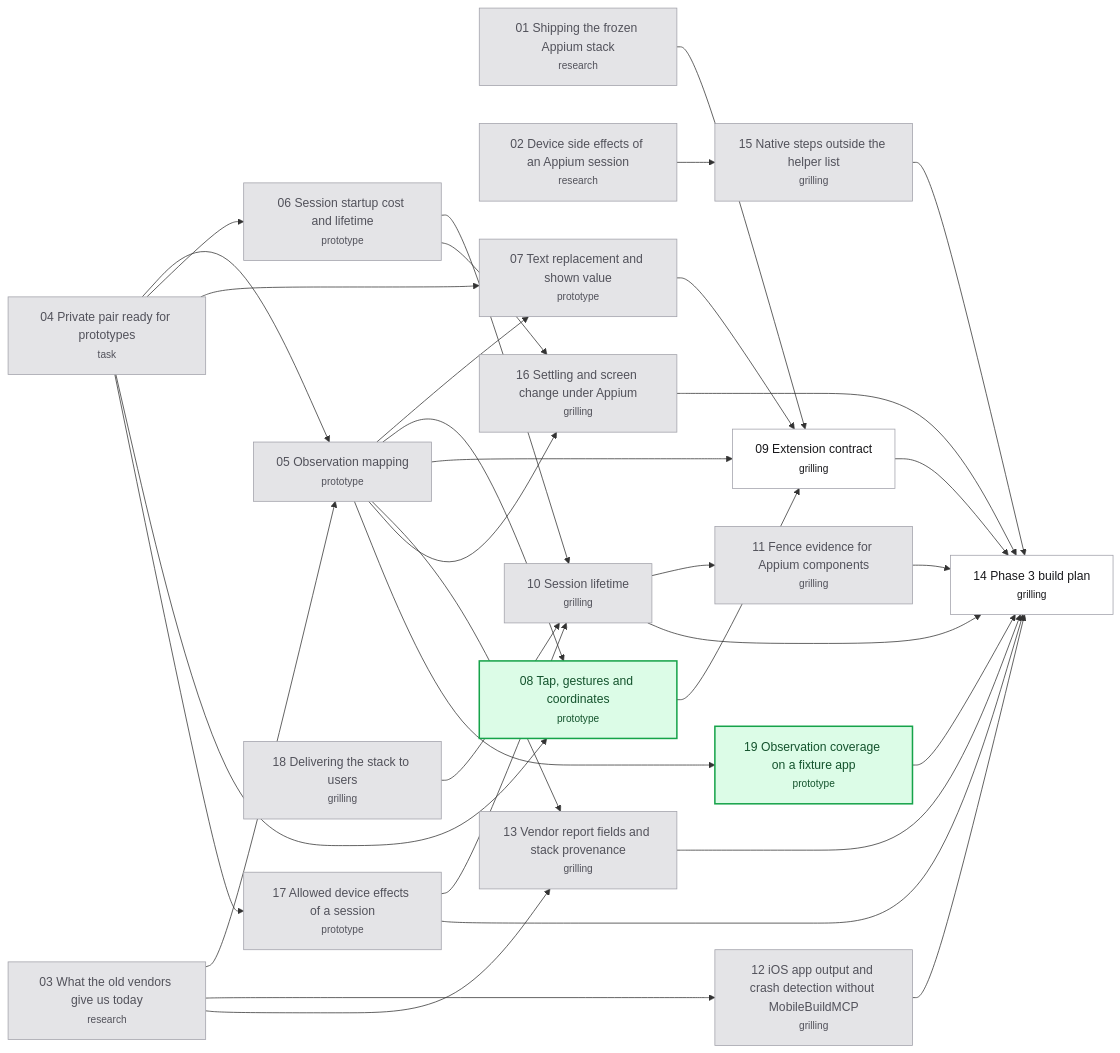
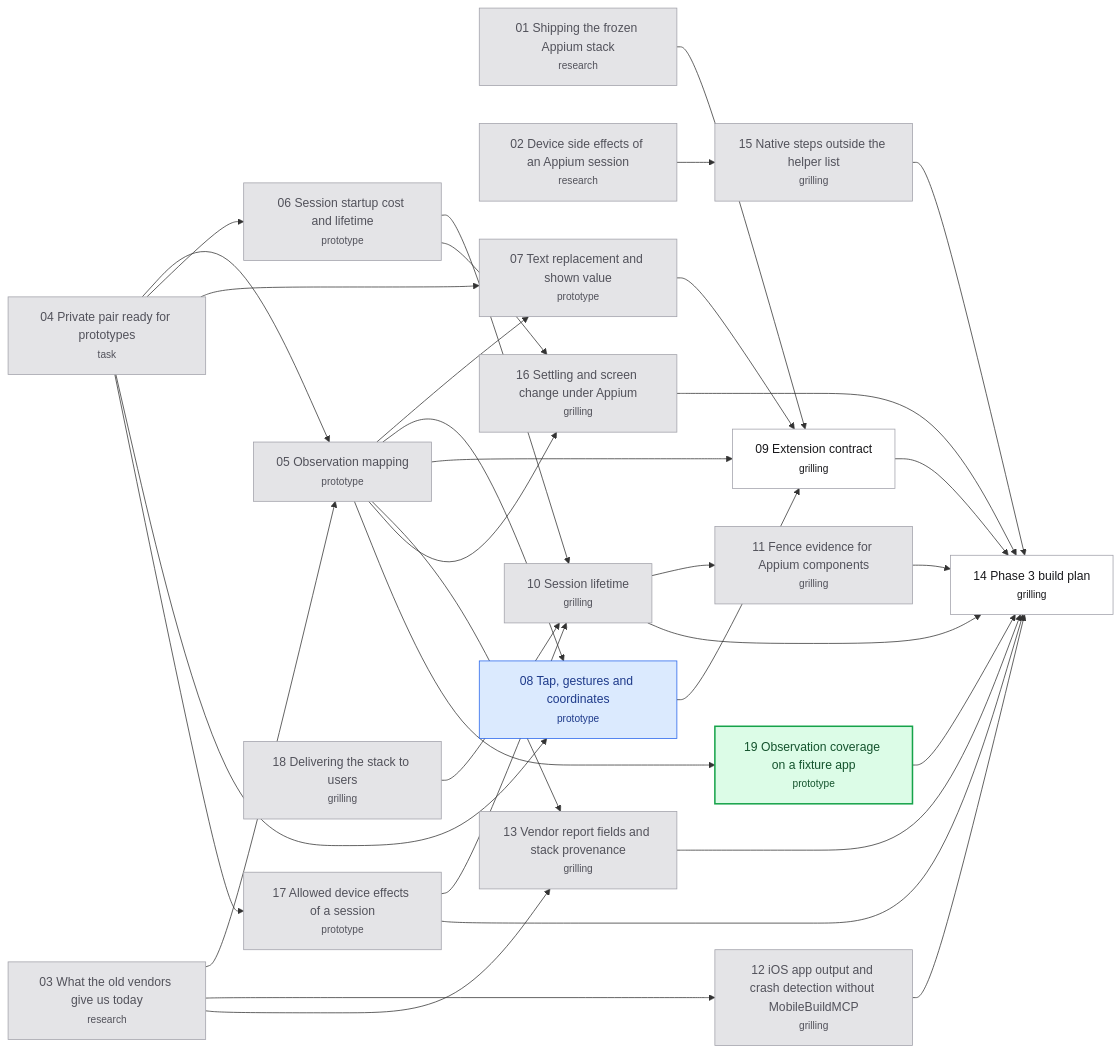
The diagram in .scratch/appium-phase3/map.md (hugues-vnsgn/jev-ios-bridge), drawn with Mermaid before and after one commit. The commit also changed 1 other file, not shown here.

Commit message:
docs(appium-phase3): claim Tap, gestures and coordinates

````diff
--- a/.scratch/appium-phase3/map.md
+++ b/.scratch/appium-phase3/map.md
@@ -87,61 +87,62 @@
 ```mermaid
 flowchart LR
     T01["01 Shipping the frozen Appium stack<br/><small>research</small>"]
     T02["02 Device side effects of an Appium session<br/><small>research</small>"]
     T03["03 What the old vendors give us today<br/><small>research</small>"]
     T04["04 Private pair ready for prototypes<br/><small>task</small>"]
     T05["05 Observation mapping<br/><small>prototype</small>"]
     T06["06 Session startup cost and lifetime<br/><small>prototype</small>"]
     T07["07 Text replacement and shown value<br/><small>prototype</small>"]
     T08["08 Tap, gestures and coordinates<br/><small>prototype</small>"]
     T09["09 Extension contract<br/><small>grilling</small>"]
     T10["10 Session lifetime<br/><small>grilling</small>"]
     T11["11 Fence evidence for Appium components<br/><small>grilling</small>"]
     T12["12 iOS app output and crash detection without MobileBuildMCP<br/><small>grilling</small>"]
     T13["13 Vendor report fields and stack provenance<br/><small>grilling</small>"]
     T14["14 Phase 3 build plan<br/><small>grilling</small>"]
     T15["15 Native steps outside the helper list<br/><small>grilling</small>"]
     T16["16 Settling and screen change under Appium<br/><small>grilling</small>"]
     T17["17 Allowed device effects of a session<br/><small>prototype</small>"]
     T18["18 Delivering the stack to users<br/><small>grilling</small>"]
     T19["19 Observation coverage on a fixture app<br/><small>prototype</small>"]
     T03 --> T05
     T04 --> T05
     T04 --> T06
     T04 --> T07
     T05 --> T07
     T04 --> T08
     T05 --> T08
     T01 --> T09
     T05 --> T09
     T07 --> T09
     T08 --> T09
     T06 --> T10
     T17 --> T10
     T18 --> T10
     T10 --> T11
     T03 --> T12
     T03 --> T13
     T05 --> T13
     T09 --> T14
     T10 --> T14
     T11 --> T14
     T12 --> T14
     T13 --> T14
     T15 --> T14
     T16 --> T14
     T17 --> T14
     T19 --> T14
     T02 --> T15
     T05 --> T16
     T06 --> T16
     T04 --> T17
     T05 --> T19
     classDef resolved fill:#e4e4e7,stroke:#a1a1aa,color:#52525b
     classDef claimed fill:#dbeafe,stroke:#2563eb,color:#1e3a8a
     classDef frontier fill:#dcfce7,stroke:#16a34a,color:#14532d,stroke-width:2px
     classDef blocked fill:#ffffff,stroke:#a1a1aa,color:#18181b
     class T01,T02,T03,T04,T05,T06,T07,T10,T11,T12,T13,T15,T16,T17,T18 resolved
-    class T08,T19 frontier
+    class T08 claimed
+    class T19 frontier
     class T09,T14 blocked
 ```
````
